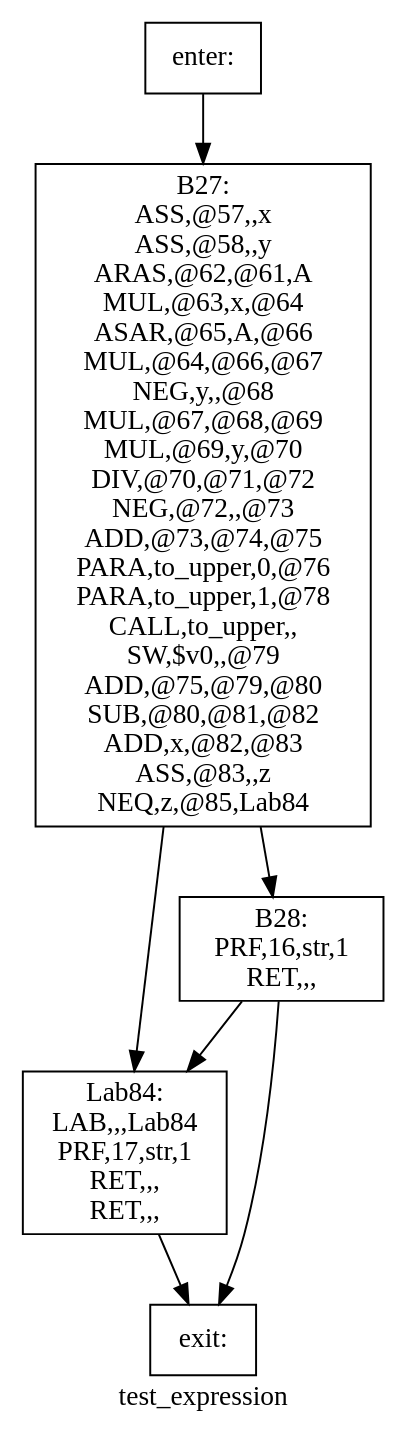
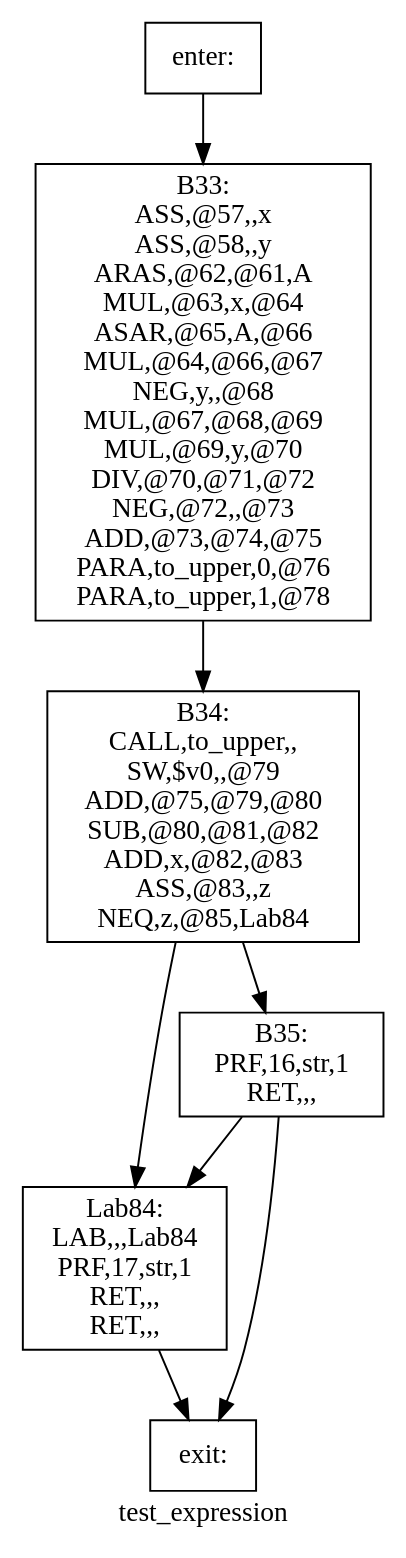
One commit to yifan123/Compiler changed the diagram in Compiler/basic_block/dot/test_expression.dot. Above: the diagram before and after it, drawn with Graphviz. The commit also changed 157 other files, not shown here.

Commit message:
整个编译器已经完工，优化已做了： 1. 常量折叠 2. 划分基本块并使用graphviz绘制控制流图 3. 在parser时直接将所有常量的值计算出来 4. 到达定义分析，计算d-u链和活跃变量分析 5. 构建冲突图，图着色（这个可能还有bug） 6. 错误处理，错误skip，错误打印 接下来准备做： 1. 全局寄存器分配

```diff
--- a/Compiler/basic_block/dot/test_expression.dot
+++ b/Compiler/basic_block/dot/test_expression.dot
@@ -1,14 +1,16 @@
 digraph test_expression{
 label =test_expression
-B27[label="B27:\nASS,@57,,x\nASS,@58,,y\nARAS,@62,@61,A\nMUL,@63,x,@64\nASAR,@65,A,@66\nMUL,@64,@66,@67\nNEG,y,,@68\nMUL,@67,@68,@69\nMUL,@69,y,@70\nDIV,@70,@71,@72\nNEG,@72,,@73\nADD,@73,@74,@75\nPARA,to_upper,0,@76\nPARA,to_upper,1,@78\nCALL,to_upper,,\nSW,$v0,,@79\nADD,@75,@79,@80\nSUB,@80,@81,@82\nADD,x,@82,@83\nASS,@83,,z\nNEQ,z,@85,Lab84\n" shape=box]
-B28[label="B28:\nPRF,16,str,1\nRET,,,\n" shape=box]
+B33[label="B33:\nASS,@57,,x\nASS,@58,,y\nARAS,@62,@61,A\nMUL,@63,x,@64\nASAR,@65,A,@66\nMUL,@64,@66,@67\nNEG,y,,@68\nMUL,@67,@68,@69\nMUL,@69,y,@70\nDIV,@70,@71,@72\nNEG,@72,,@73\nADD,@73,@74,@75\nPARA,to_upper,0,@76\nPARA,to_upper,1,@78\n" shape=box]
+B34[label="B34:\nCALL,to_upper,,\nSW,$v0,,@79\nADD,@75,@79,@80\nSUB,@80,@81,@82\nADD,x,@82,@83\nASS,@83,,z\nNEQ,z,@85,Lab84\n" shape=box]
+B35[label="B35:\nPRF,16,str,1\nRET,,,\n" shape=box]
 Lab84[label="Lab84:\nLAB,,,Lab84\nPRF,17,str,1\nRET,,,\nRET,,,\n" shape=box]
 enter[label="enter:\n" shape=box]
 exit[label="exit:\n" shape=box]
-B27->B28
-B27->Lab84
-B28->Lab84
-B28->exit
+B33->B34
+B34->B35
+B34->Lab84
+B35->Lab84
+B35->exit
 Lab84->exit
-enter->B27
+enter->B33
 }
```
